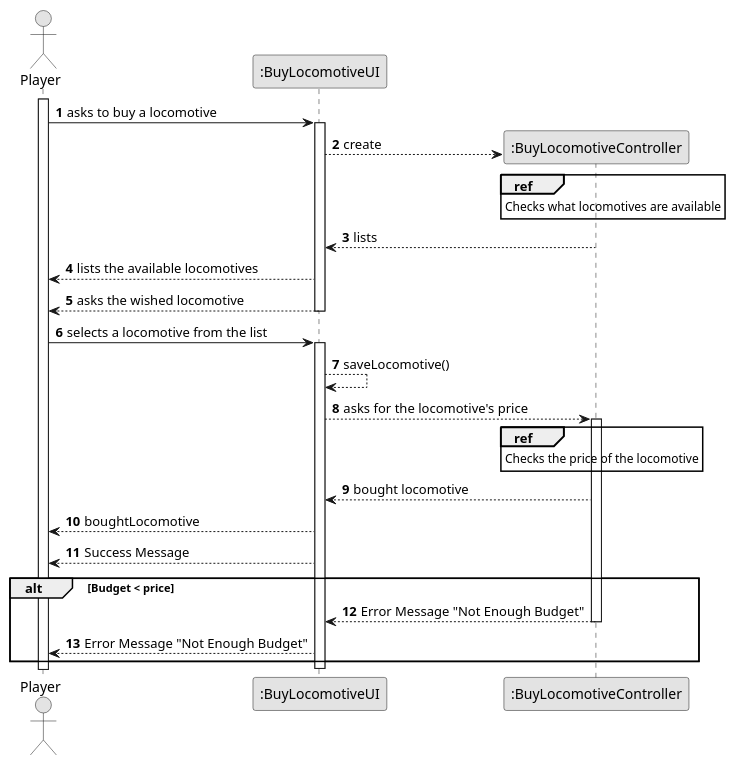
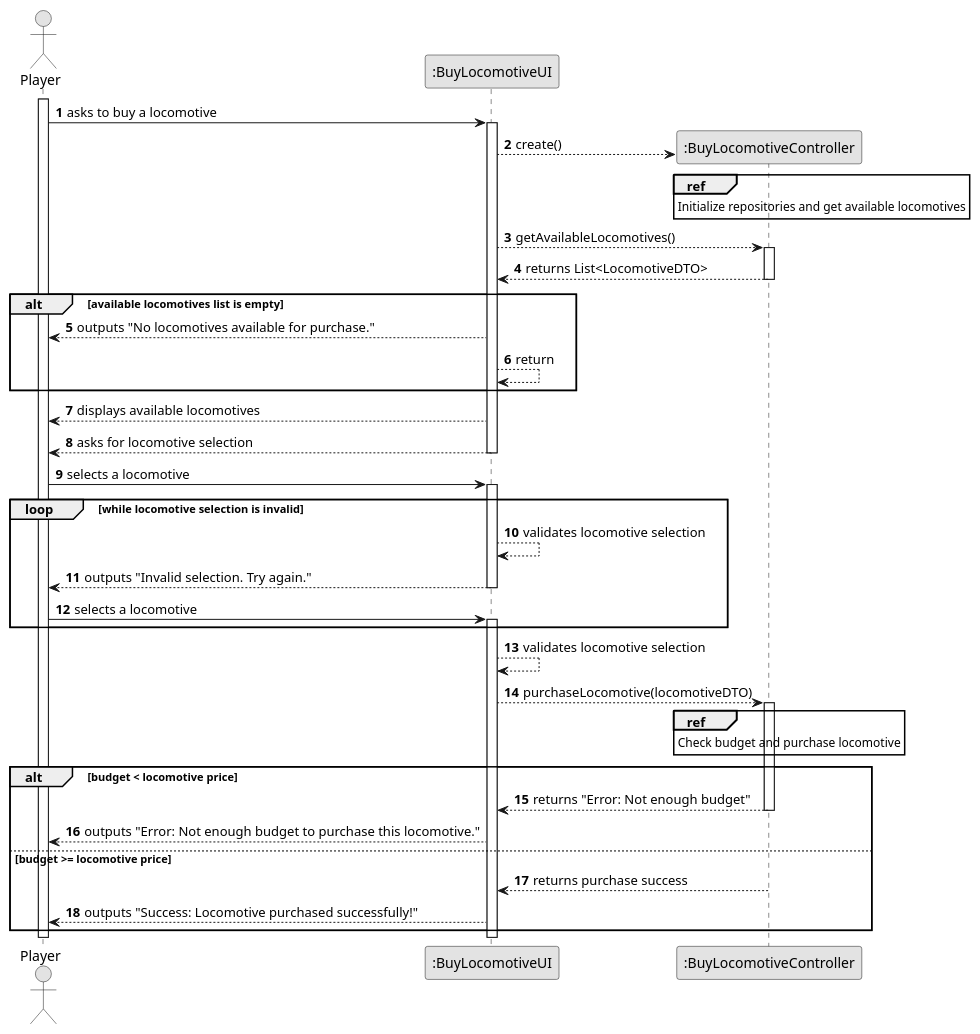
Before and after one commit to goncalolopesp/sem2-pi-24.25-g093-repo: the diagram in docs/system-documentation/US009/03.design/puml/US009-SD-split.puml, drawn with PlantUML. The commit also changed 2 other files, not shown here.

Commit message:
US009 - Updated Partial and Split Diagrams

```diff
--- a/docs/system-documentation/US009/03.design/puml/US009-SD-split.puml
+++ b/docs/system-documentation/US009/03.design/puml/US009-SD-split.puml
@@ -1,61 +1,73 @@
 @startuml
 skinparam monochrome true
 skinparam packageStyle rectangle
 skinparam shadowing false
 
 autonumber
 
-actor "Player" as Employee
+actor "Player" as Player
 participant ":BuyLocomotiveUI" as BuyLocomotiveUI
 
-activate Employee
+activate Player
 
-Employee -> BuyLocomotiveUI : asks to buy a locomotive
+Player -> BuyLocomotiveUI : asks to buy a locomotive
 activate BuyLocomotiveUI
 
 create ":BuyLocomotiveController" as BuyLocomotiveController
 
-BuyLocomotiveUI --> BuyLocomotiveController : create
-
+BuyLocomotiveUI --> BuyLocomotiveController : create()
 
 ref over BuyLocomotiveController
-    Checks what locomotives are available
+    Initialize repositories and get available locomotives
 end
 
+BuyLocomotiveUI --> BuyLocomotiveController : getAvailableLocomotives()
+activate BuyLocomotiveController
 
-BuyLocomotiveController --> BuyLocomotiveUI : lists
-
+BuyLocomotiveController --> BuyLocomotiveUI : returns List<LocomotiveDTO>
 deactivate BuyLocomotiveController
 
-BuyLocomotiveUI --> Employee : lists the available locomotives
-BuyLocomotiveUI --> Employee : asks the wished locomotive
+alt available locomotives list is empty
+    BuyLocomotiveUI --> Player : outputs "No locomotives available for purchase."
+    BuyLocomotiveUI --> BuyLocomotiveUI : return
+end
+
+BuyLocomotiveUI --> Player : displays available locomotives
+BuyLocomotiveUI --> Player : asks for locomotive selection
 deactivate BuyLocomotiveUI
 
-Employee -> BuyLocomotiveUI : selects a locomotive from the list
-
+Player -> BuyLocomotiveUI : selects a locomotive
 activate BuyLocomotiveUI
 
-BuyLocomotiveUI --> BuyLocomotiveUI : saveLocomotive()
+loop while locomotive selection is invalid
+    BuyLocomotiveUI --> BuyLocomotiveUI : validates locomotive selection
+    BuyLocomotiveUI --> Player : outputs "Invalid selection. Try again."
+    deactivate BuyLocomotiveUI
 
-BuyLocomotiveUI --> BuyLocomotiveController : asks for the locomotive's price
-ref over BuyLocomotiveController
-    Checks the price of the locomotive
+    Player -> BuyLocomotiveUI : selects a locomotive
+    activate BuyLocomotiveUI
 end
+
+BuyLocomotiveUI --> BuyLocomotiveUI : validates locomotive selection
+
+BuyLocomotiveUI --> BuyLocomotiveController : purchaseLocomotive(locomotiveDTO)
 activate BuyLocomotiveController
 
+ref over BuyLocomotiveController
+    Check budget and purchase locomotive
+end
 
-BuyLocomotiveController --> BuyLocomotiveUI : bought locomotive
-
-BuyLocomotiveUI --> Employee : boughtLocomotive
-BuyLocomotiveUI --> Employee : Success Message
-
-alt Budget < price
-    BuyLocomotiveController --> BuyLocomotiveUI : Error Message "Not Enough Budget"
+alt budget < locomotive price
+    BuyLocomotiveController --> BuyLocomotiveUI : returns "Error: Not enough budget"
     deactivate BuyLocomotiveController
-    BuyLocomotiveUI --> Employee : Error Message "Not Enough Budget"
+    BuyLocomotiveUI --> Player : outputs "Error: Not enough budget to purchase this locomotive."
+else budget >= locomotive price
+    BuyLocomotiveController --> BuyLocomotiveUI : returns purchase success
+    deactivate BuyLocomotiveController
+    BuyLocomotiveUI --> Player : outputs "Success: Locomotive purchased successfully!"
 end
 
 deactivate BuyLocomotiveUI
-
+deactivate Player
 
 @enduml
```
